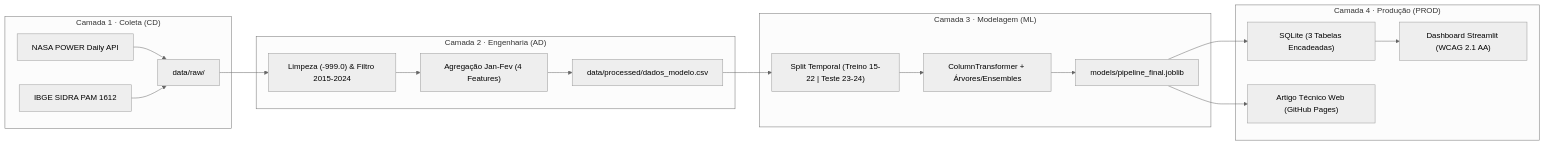
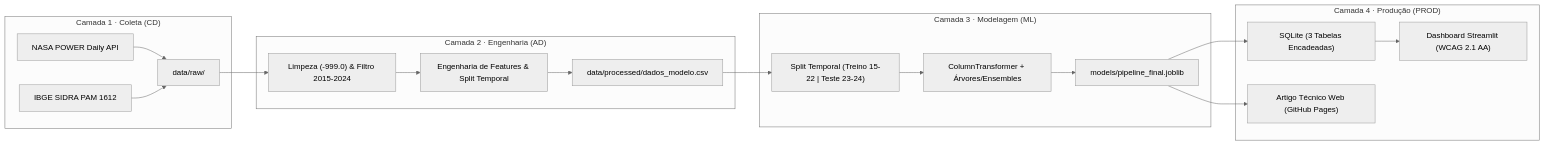
The diagram in README.md (SAMUKISZHSD/bx_produtividade_agricola), drawn with Mermaid (neutral theme) before and after one commit. The commit also changed other lines of this file, not shown here.

````diff
--- a/README.md
+++ b/README.md
@@ -47,22 +47,22 @@
 ```mermaid
 flowchart LR
     subgraph C1["Camada 1 · Coleta (CD)"]
         A1["NASA POWER Daily API"] --> R1["data/raw/"]
         A2["IBGE SIDRA PAM 1612"] --> R1
     end
     subgraph C2["Camada 2 · Engenharia (AD)"]
         R1 --> E1["Limpeza (-999.0) & Filtro 2015-2024"]
-        E1 --> E2["Agregação Jan-Fev (4 Features)"]
+        E1 --> E2["Engenharia de Features & Split Temporal"]
         E2 --> P1["data/processed/dados_modelo.csv"]
     end
     subgraph C3["Camada 3 · Modelagem (ML)"]
         P1 --> M1["Split Temporal (Treino 15-22 | Teste 23-24)"]
         M1 --> M2["ColumnTransformer + Árvores/Ensembles"]
         M2 --> J1["models/pipeline_final.joblib"]
     end
     subgraph C4["Camada 4 · Produção (PROD)"]
         J1 --> S1["SQLite (3 Tabelas Encadeadas)"]
         S1 --> D1["Dashboard Streamlit (WCAG 2.1 AA)"]
         J1 --> W1["Artigo Técnico Web (GitHub Pages)"]
     end
 ```
````
